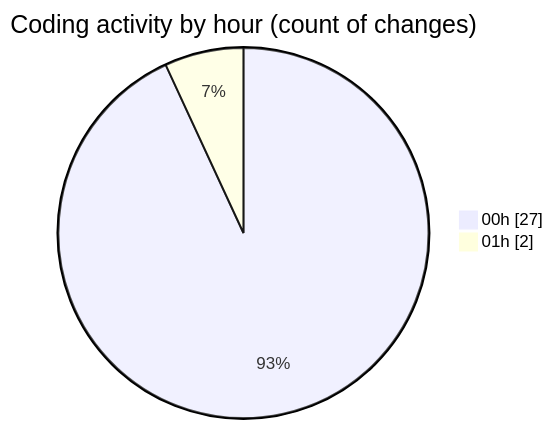
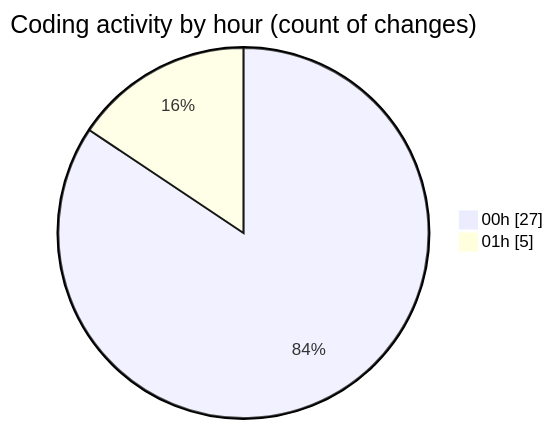
Before and after one commit to donsfak/code-tracking: the second of 2 diagrams in 2025-01-24/trackers_app/README.md, drawn with Mermaid. The commit also changed other lines of this file and 1 other file, not shown here.

````diff
--- a/2025-01-24/trackers_app/README.md
+++ b/2025-01-24/trackers_app/README.md
@@ -31,6 +32,6 @@
 ```mermaid
 pie showData
 title Coding activity by hour (count of changes)
 "00h" : 27
-"01h" : 2
+"01h" : 5
 ```
````
